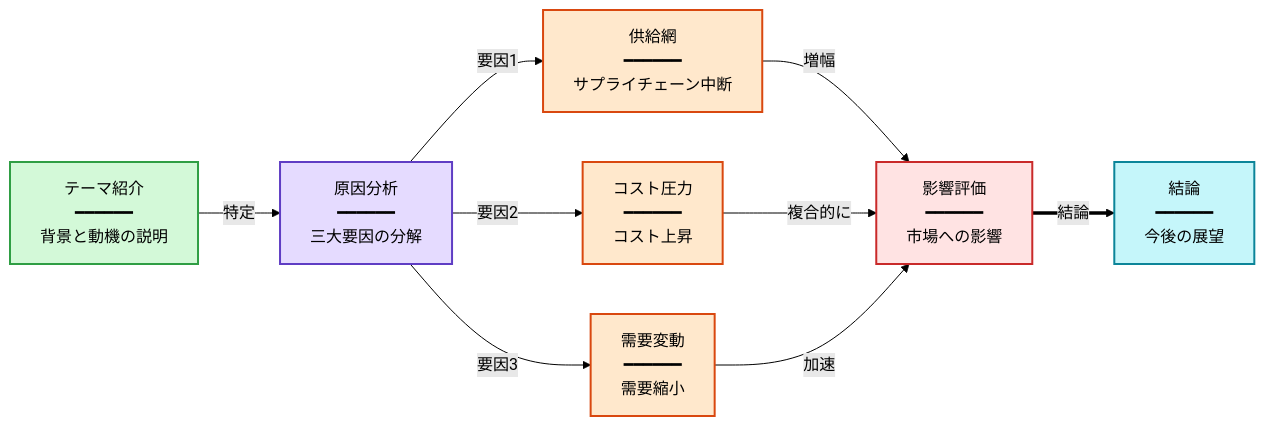
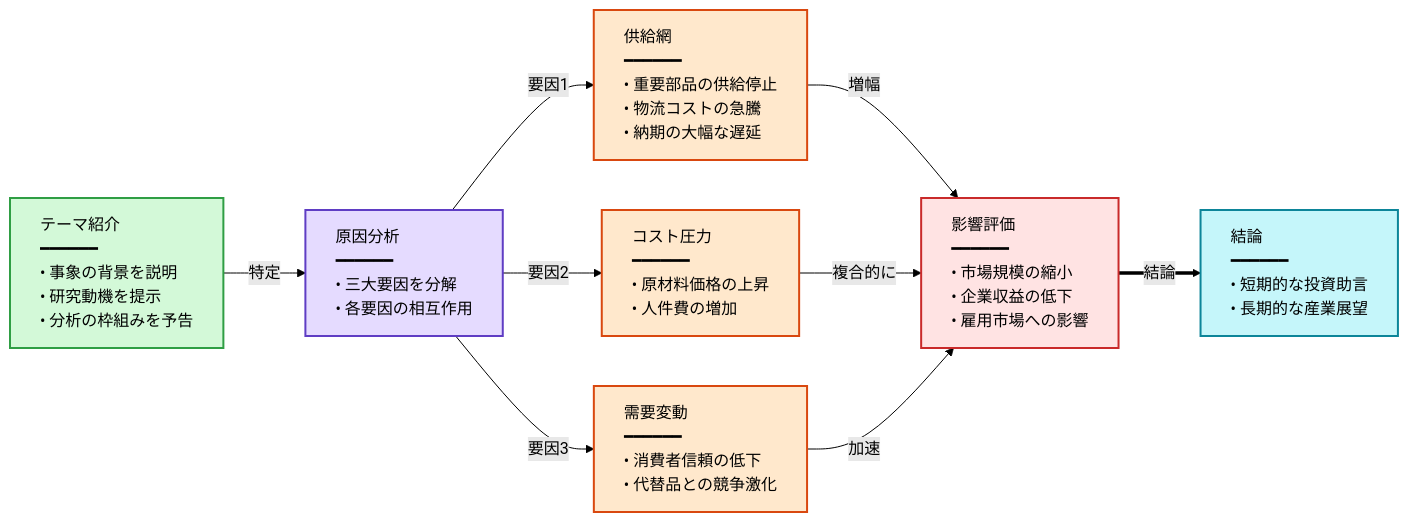
Before and after one commit to kouko/youtube-summarize-scraper: the first of 2 diagrams in prompts/builtin/mermaid-ja.md, drawn with Mermaid (forest theme). The commit also changed other lines of this file and 2 other files, not shown here.

First line of the commit message:
feat: mermaid bullet list nodes, left-align, and layout improvements (#36)

````diff
--- a/prompts/builtin/mermaid-ja.md
+++ b/prompts/builtin/mermaid-ja.md
@@ -40,18 +41,18 @@
 ```mermaid
 graph LR
-A["テーマ紹介<br/>━━━━━━<br/>背景と動機の説明"] -->|特定| B["原因分析<br/>━━━━━━<br/>三大要因の分解"]
-B -->|要因1| C["供給網<br/>━━━━━━<br/>サプライチェーン中断"]
-B -->|要因2| D["コスト圧力<br/>━━━━━━<br/>コスト上昇"]
-B -->|要因3| E["需要変動<br/>━━━━━━<br/>需要縮小"]
-C -->|増幅| F["影響評価<br/>━━━━━━<br/>市場への影響"]
+A["<div style='text-align:left'>テーマ紹介<br/>━━━━━━<br/>• 事象の背景を説明<br/>• 研究動機を提示<br/>• 分析の枠組みを予告</div>"] -->|特定| B["<div style='text-align:left'>原因分析<br/>━━━━━━<br/>• 三大要因を分解<br/>• 各要因の相互作用</div>"]
+B -->|要因1| C["<div style='text-align:left'>供給網<br/>━━━━━━<br/>• 重要部品の供給停止<br/>• 物流コストの急騰<br/>• 納期の大幅な遅延</div>"]
+B -->|要因2| D["<div style='text-align:left'>コスト圧力<br/>━━━━━━<br/>• 原材料価格の上昇<br/>• 人件費の増加</div>"]
+B -->|要因3| E["<div style='text-align:left'>需要変動<br/>━━━━━━<br/>• 消費者信頼の低下<br/>• 代替品との競争激化</div>"]
+C -->|増幅| F["<div style='text-align:left'>影響評価<br/>━━━━━━<br/>• 市場規模の縮小<br/>• 企業収益の低下<br/>• 雇用市場への影響</div>"]
 D -->|複合的に| F
 E -->|加速| F
-F ==>|結論| G["結論<br/>━━━━━━<br/>今後の展望"]
+F ==>|結論| G["<div style='text-align:left'>結論<br/>━━━━━━<br/>• 短期的な投資助言<br/>• 長期的な産業展望</div>"]
 style A fill:#d3f9d8,stroke:#2f9e44,stroke-width:2px
 style B fill:#e5dbff,stroke:#5f3dc4,stroke-width:2px
 style C fill:#ffe8cc,stroke:#d9480f,stroke-width:2px
 style D fill:#ffe8cc,stroke:#d9480f,stroke-width:2px
 style E fill:#ffe8cc,stroke:#d9480f,stroke-width:2px
 style F fill:#ffe3e3,stroke:#c92a2a,stroke-width:2px
 style G fill:#c5f6fa,stroke:#0c8599,stroke-width:2px
 ```
````
